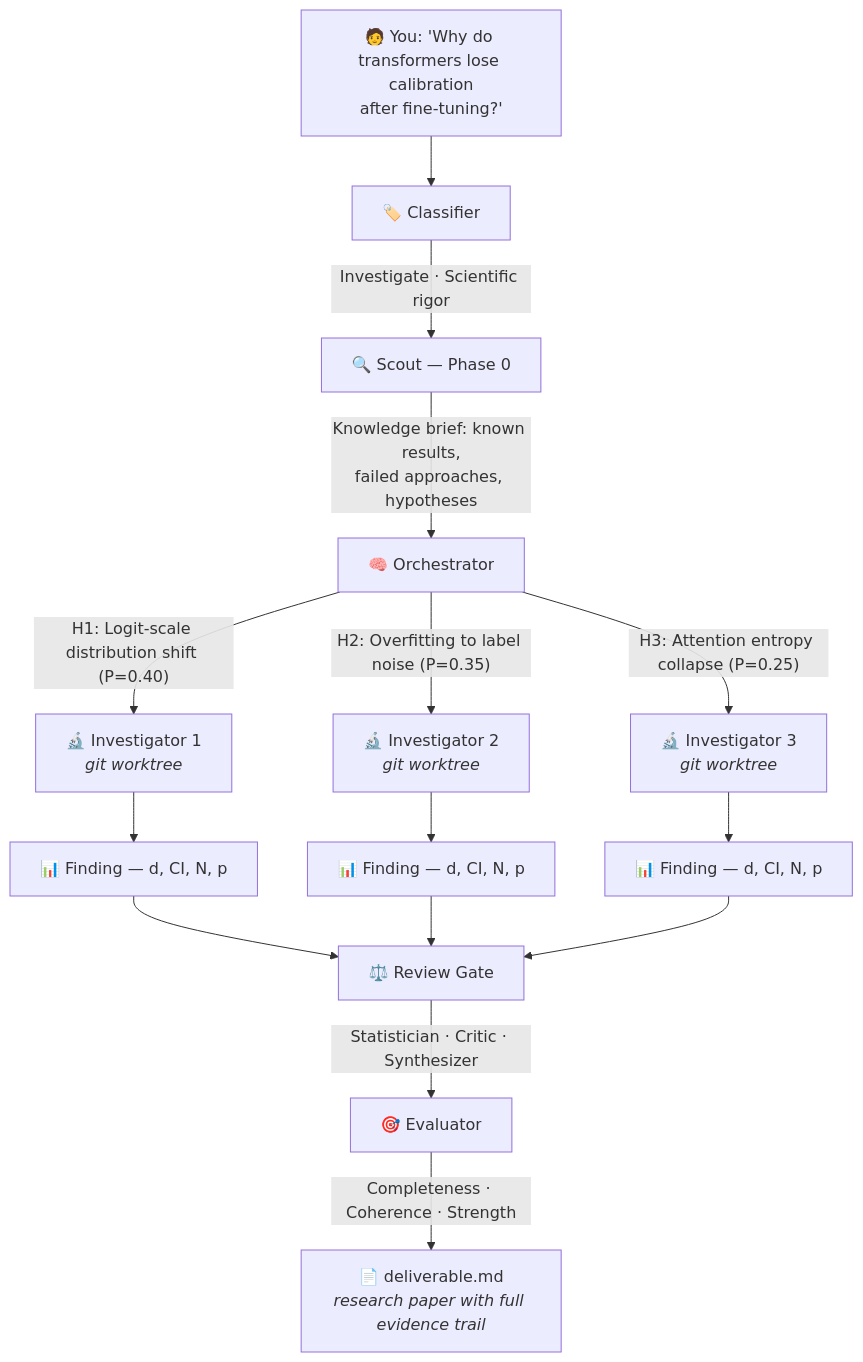
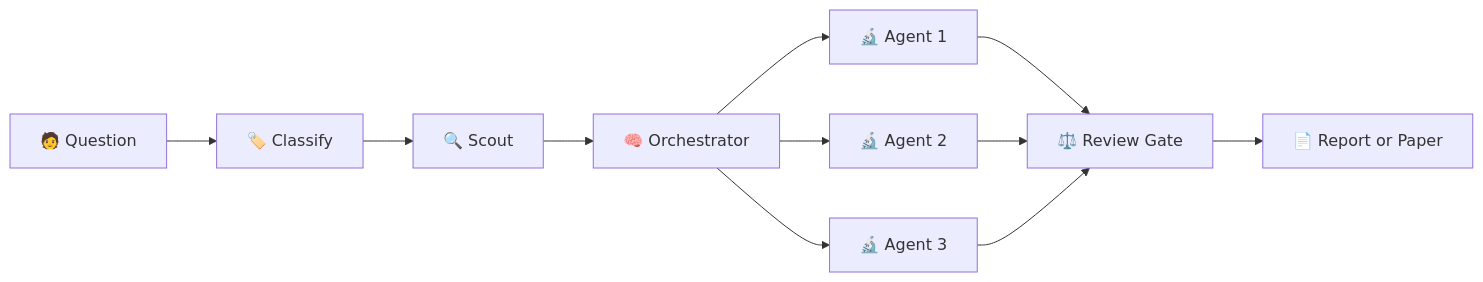
The first of 2 diagrams in README.md (Vahidrostami/voronoi), drawn with Mermaid before and after one commit. The commit also changed other lines of this file and 23 other files, not shown here.

````diff
--- a/README.md
+++ b/README.md
@@ -149,21 +75,13 @@
 ```mermaid
-graph TD
-    Q["🧑 You: 'Why do transformers lose calibration<br/>after fine-tuning?'"] --> C["🏷️ Classifier"]
-    C -->|"Investigate · Scientific rigor"| S["🔍 Scout — Phase 0"]
-    S -->|"Knowledge brief: known results,<br/>failed approaches, hypotheses"| O["🧠 Orchestrator"]
-
-    O -->|"H1: Logit-scale distribution shift (P=0.40)"| I1["🔬 Investigator 1<br/><i>git worktree</i>"]
-    O -->|"H2: Overfitting to label noise (P=0.35)"| I2["🔬 Investigator 2<br/><i>git worktree</i>"]
-    O -->|"H3: Attention entropy collapse (P=0.25)"| I3["🔬 Investigator 3<br/><i>git worktree</i>"]
-
-    I1 --> F1["📊 Finding — d, CI, N, p"]
-    I2 --> F2["📊 Finding — d, CI, N, p"]
-    I3 --> F3["📊 Finding — d, CI, N, p"]
-
-    F1 --> R["⚖️ Review Gate"]
-    F2 --> R
-    F3 --> R
-
-    R -->|"Statistician · Critic · Synthesizer"| E["🎯 Evaluator"]
-    E -->|"Completeness · Coherence · Strength"| D["📄 deliverable.md<br/><i>research paper with full evidence trail</i>"]
+graph LR
+    Q["🧑 Question"] --> C["🏷️ Classify"]
+    C --> S["🔍 Scout"]
+    S --> O["🧠 Orchestrator"]
+    O --> I1["🔬 Agent 1"]
+    O --> I2["🔬 Agent 2"]
+    O --> I3["🔬 Agent 3"]
+    I1 --> R["⚖️ Review Gate"]
+    I2 --> R
+    I3 --> R
+    R --> D["📄 Report or Paper"]
 ```
````
